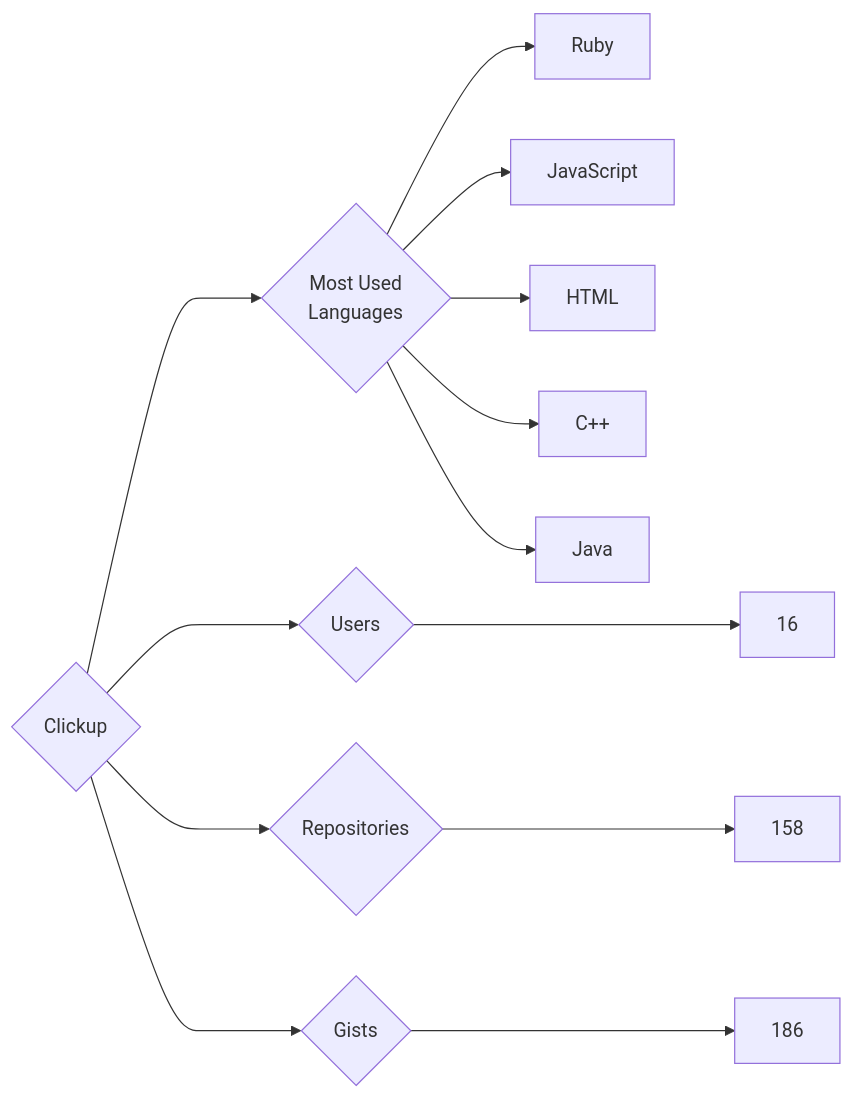
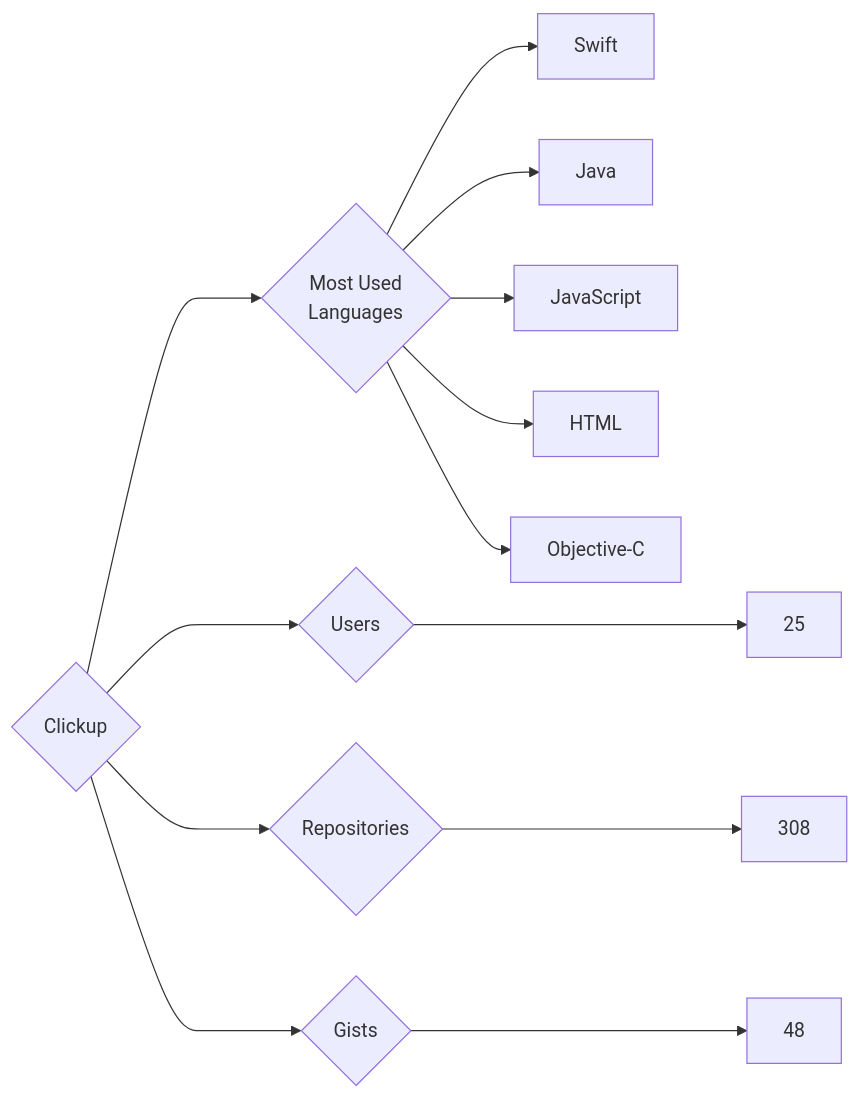
Before and after one commit to trickest/insiders: the diagram in targets/Clickup/README.md, drawn with Mermaid. The commit also changed 809 other files, not shown here.

````diff
--- a/targets/Clickup/README.md
+++ b/targets/Clickup/README.md
@@ -3,13 +3,13 @@
 ```mermaid
 graph LR
 COMPANY_NAME{Clickup}
-COMPANY_NAME ---> U{Users} ---> UN[16]
-COMPANY_NAME ---> R{Repositories} ---> RN[158]
-COMPANY_NAME ---> G{Gists} ---> GN[186]
+COMPANY_NAME ---> U{Users} ---> UN[25]
+COMPANY_NAME ---> R{Repositories} ---> RN[308]
+COMPANY_NAME ---> G{Gists} ---> GN[48]
 COMPANY_NAME ---> ML{Most Used<br>Languages}
-ML --> Ruby[Ruby]
+ML --> Swift[Swift]
+ML --> Java[Java]
 ML --> JavaScript[JavaScript]
 ML --> HTML[HTML]
-ML --> C++[C++]
-ML --> Java[Java]
+ML --> Objective-C[Objective-C]
 ```
````
